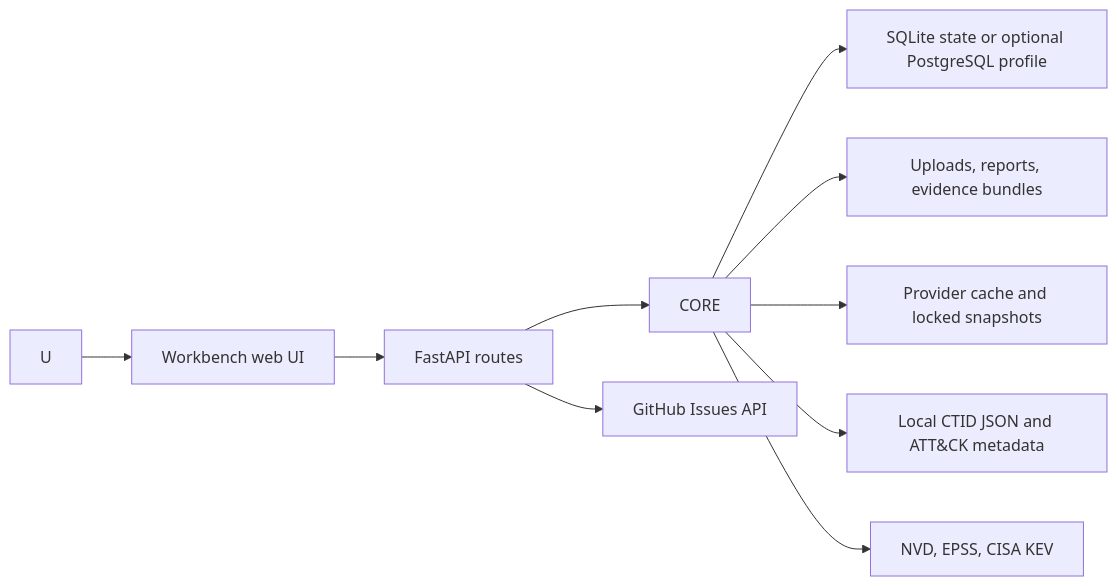
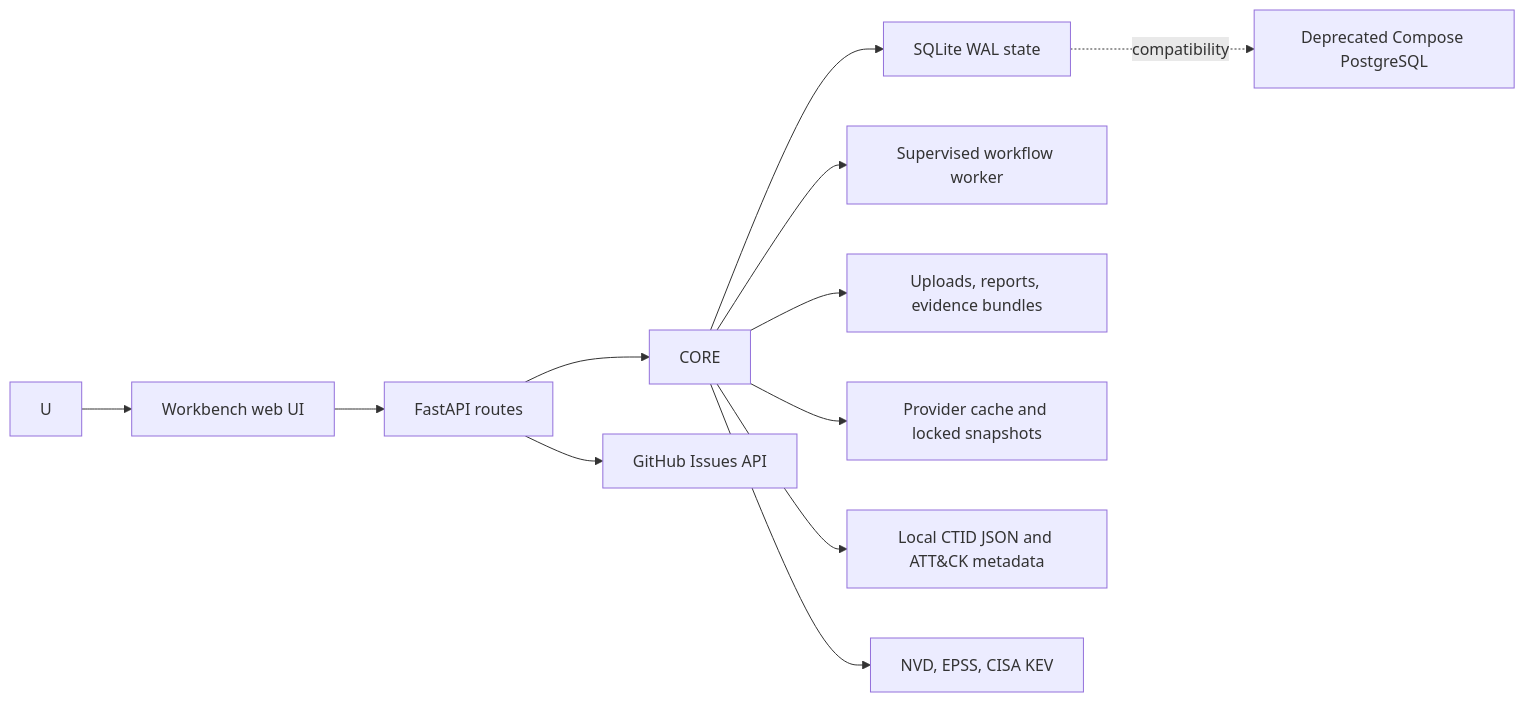
Before and after one commit to Noetheon/vuln-prioritizer-workbench: the diagram in docs/workbench-threat-model.md, drawn with Mermaid. The commit also changed other lines of this file and 170 other files, not shown here.

````diff
--- a/docs/workbench-threat-model.md
+++ b/docs/workbench-threat-model.md
@@ -58,12 +58,14 @@
 ```mermaid
 flowchart LR
   U --> WEB["Workbench web UI"]
   WEB --> API["FastAPI routes"]
   API --> CORE
-  CORE --> DB["SQLite state or optional PostgreSQL profile"]
+  CORE --> DB["SQLite WAL state"]
+  CORE --> WORKER["Supervised workflow worker"]
+  DB -. compatibility .-> PG["Deprecated Compose PostgreSQL"]
   CORE --> FS["Uploads, reports, evidence bundles"]
   CORE --> CACHE["Provider cache and locked snapshots"]
   CORE --> ATK["Local CTID JSON and ATT&CK metadata"]
   CORE --> LIVE["NVD, EPSS, CISA KEV"]
   API --> TICKETS["GitHub Issues API"]
 ```
````
